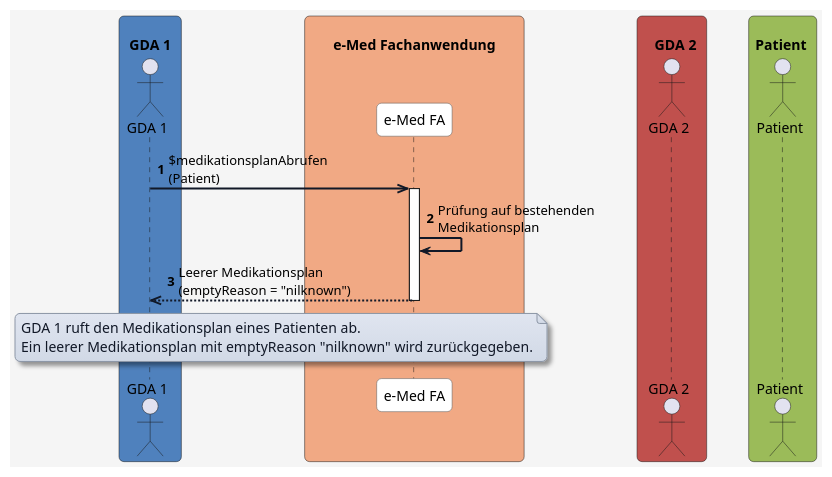
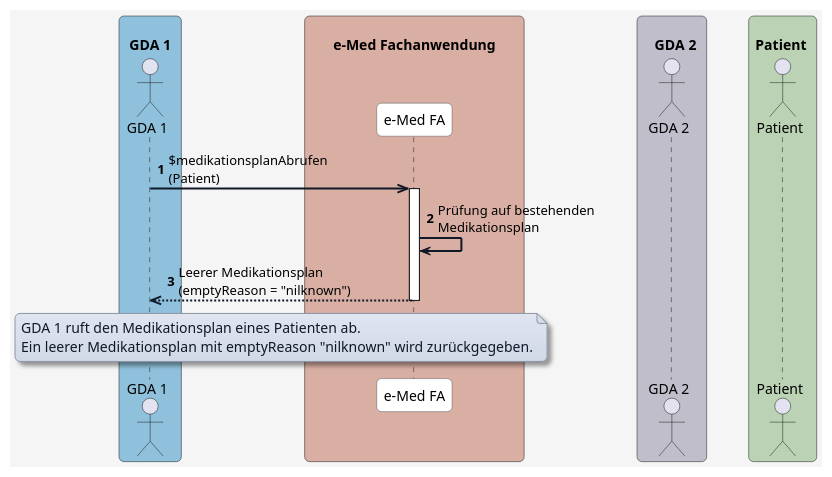
The diagram in input/images-source/UC_06_02.plantuml (HL7Austria/ELGA-e-Medikation-R4), drawn with PlantUML before and after one commit. The commit also changed 7 other files, not shown here.

```diff
--- a/input/images-source/UC_06_02.plantuml
+++ b/input/images-source/UC_06_02.plantuml
@@ -1,74 +1,74 @@
 @startuml
 skinparam borderColor #000000
 skinparam backgroundColor #f5f5f5
 skinparam shadowing false
 skinparam roundCorner 10
 skinparam defaultFontName "Arial"
 skinparam defaultFontSize 14
 skinparam defaultFontColor #000000
 
 skinparam note {
   BackgroundColor #e0e5f0-#d1d9e6
   BorderColor #8b95a5
   BorderThickness 1
   RoundCorner 8
   Padding 6
   FontColor #111827
   Shadowing true
 }
 
 skinparam HyperlinkColor #0000EE
 skinparam HyperlinkUnderline false
 
 skinparam sequence {
   ParticipantBorderColor #555555
   ParticipantBackgroundColor #ffffff
   ParticipantFontColor #000000
   ParticipantFontSize 14
   ParticipantPadding 20
   ArrowColor #111827
   ArrowThickness 2
   ArrowFontColor #000000
   ArrowFontSize 13
   GroupBorderColor #111827
   GroupBackgroundColor #f3f4f6
   GroupBorderThickness 1
 }
 
 skinparam BoxPadding 20
 skinparam BoxBorderColor #555555
 
-box "\n  GDA 1  " #4F81BD
+box "\n  GDA 1  " #90C1DC
   actor GDA_1 as "GDA 1"
 end box
 
-box "\n       e-Med Fachanwendung       " #F1A984
+box "\n       e-Med Fachanwendung       " #D9AFA4
   participant eMed_FA as "e-Med FA"
 end box
 
-box "\n    GDA 2  " #C0504D
+box "\n    GDA 2  " #C0BECB
   actor GDA_2 as "GDA 2"
 end box
 
-box "\n Patient  " #9BBB59
+box "\n Patient  " #BBD3B4
   actor Patient as "Patient"
 end box
 
 autonumber
 
 
 GDA_1 ->> eMed_FA: $medikationsplanAbrufen\n(Patient)
 
 activate eMed_FA
 eMed_FA -> eMed_FA: Prüfung auf bestehenden\nMedikationsplan
 
 eMed_FA -->> GDA_1: Leerer Medikationsplan\n(emptyReason = "nilknown")
 
 deactivate eMed_FA
 
 note over GDA_1, eMed_FA
 GDA 1 ruft den Medikationsplan eines Patienten ab. 
 Ein leerer Medikationsplan mit emptyReason "nilknown" wird zurückgegeben.
 end note
 
 @enduml
```
